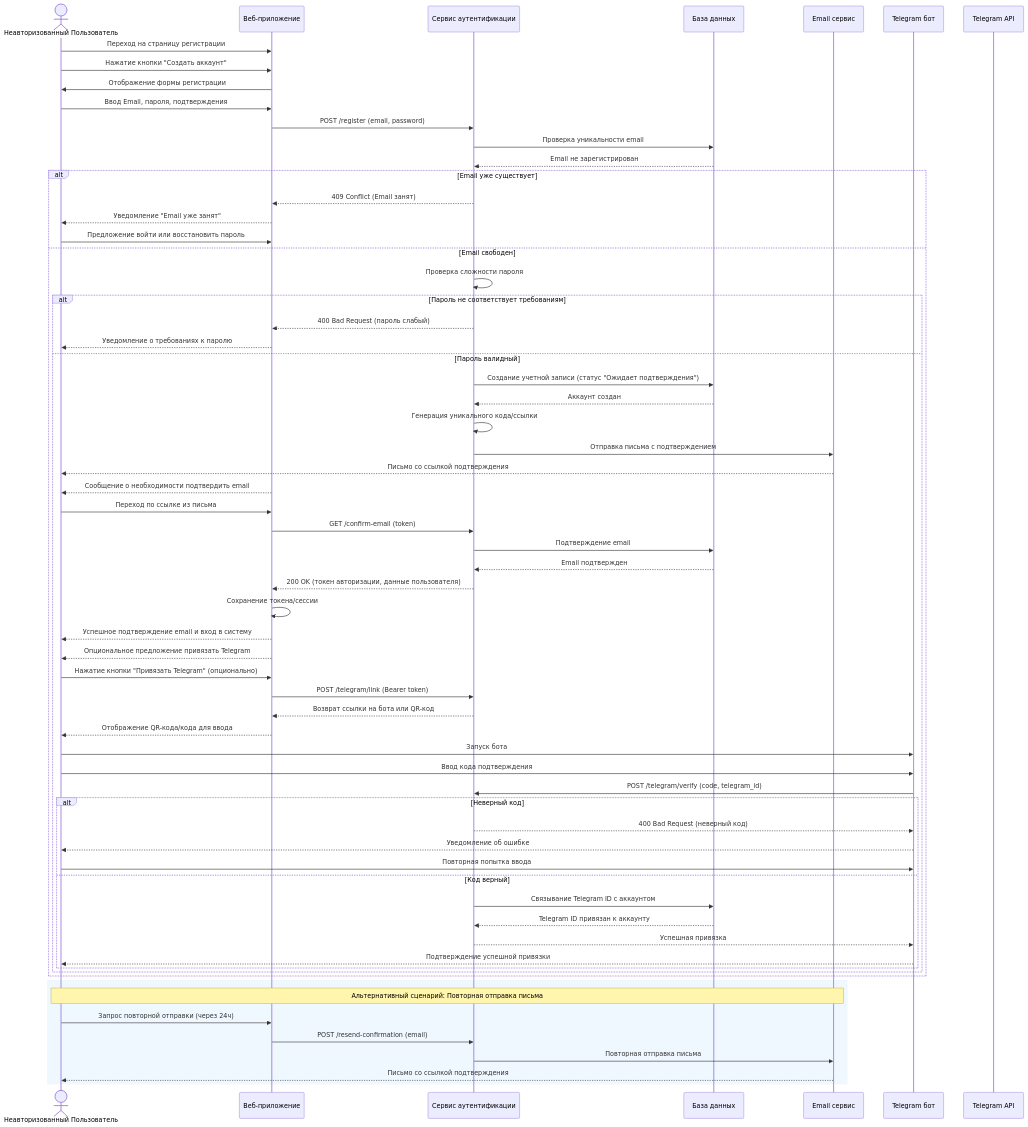
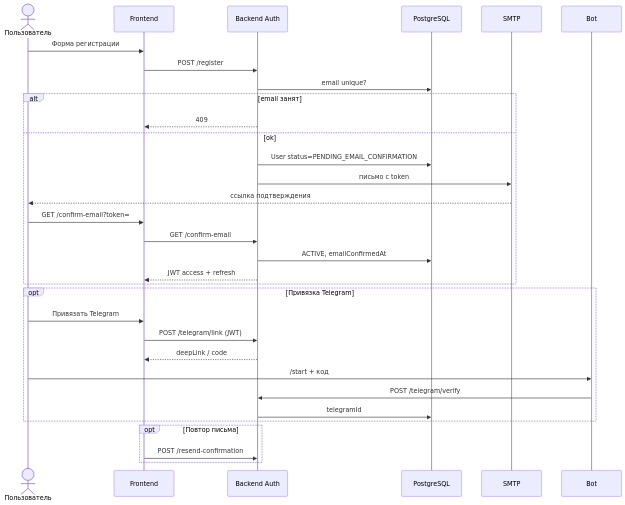
Before and after one commit to Rento-devteam/Rento: the diagram in docs/sequence/UC-01.md, drawn with Mermaid. The commit also changed other lines of this file and 33 other files, not shown here.

````diff
--- a/docs/sequence/UC-01.md
+++ b/docs/sequence/UC-01.md
@@ -1,81 +5,36 @@
 ```mermaid
-    sequenceDiagram
-    actor User as Неавторизованный Пользователь
-    participant WebApp as Веб-приложение
-    participant AuthService as Сервис аутентификации
-    participant Database as База данных
-    participant EmailService as Email сервис
-    participant TelegramBot as Telegram бот
-    participant TelegramAPI as Telegram API
+sequenceDiagram
+    actor User as Пользователь
+    participant WebApp as Frontend
+    participant API as Backend Auth
+    participant DB as PostgreSQL
+    participant Email as SMTP
 
-    User->>WebApp: Переход на страницу регистрации
-    User->>WebApp: Нажатие кнопки "Создать аккаунт"
-    WebApp->>User: Отображение формы регистрации
-    
-    User->>WebApp: Ввод Email, пароля, подтверждения
-    WebApp->>AuthService: POST /register (email, password)
-    
-    AuthService->>Database: Проверка уникальности email
-    Database-->>AuthService: Email не зарегистрирован
-    
-    alt Email уже существует
-        AuthService-->>WebApp: 409 Conflict (Email занят)
-        WebApp-->>User: Уведомление "Email уже занят"
-        User->>WebApp: Предложение войти или восстановить пароль
-    else Email свободен
-        AuthService->>AuthService: Проверка сложности пароля
-        
-        alt Пароль не соответствует требованиям
-            AuthService-->>WebApp: 400 Bad Request (пароль слабый)
-            WebApp-->>User: Уведомление о требованиях к паролю
-        else Пароль валидный
-            AuthService->>Database: Создание учетной записи (статус "Ожидает подтверждения")
-            Database-->>AuthService: Аккаунт создан
-            AuthService->>AuthService: Генерация уникального кода/ссылки
-            
-            AuthService->>EmailService: Отправка письма с подтверждением
-            EmailService-->>User: Письмо со ссылкой подтверждения
-            WebApp-->>User: Сообщение о необходимости подтвердить email
-            
-            User->>WebApp: Переход по ссылке из письма
-            WebApp->>AuthService: GET /confirm-email (token)
-            AuthService->>Database: Подтверждение email
-            Database-->>AuthService: Email подтвержден
-            
-            AuthService-->>WebApp: 200 OK (токен авторизации, данные пользователя)
-            WebApp->>WebApp: Сохранение токена/сессии
-            WebApp-->>User: Успешное подтверждение email и вход в систему
-            WebApp-->>User: Опциональное предложение привязать Telegram
-            
-            User->>WebApp: Нажатие кнопки "Привязать Telegram" (опционально)
-            WebApp->>AuthService: POST /telegram/link (Bearer token)
-            AuthService-->>WebApp: Возврат ссылки на бота или QR-код
-            WebApp-->>User: Отображение QR-кода/кода для ввода
-            
-            User->>TelegramBot: Запуск бота
-            User->>TelegramBot: Ввод кода подтверждения
-            TelegramBot->>AuthService: POST /telegram/verify (code, telegram_id)
-            
-            alt Неверный код
-                AuthService-->>TelegramBot: 400 Bad Request (неверный код)
-                TelegramBot-->>User: Уведомление об ошибке
-                User->>TelegramBot: Повторная попытка ввода
-            else Код верный
-                AuthService->>Database: Связывание Telegram ID с аккаунтом
-                Database-->>AuthService: Telegram ID привязан к аккаунту
-                AuthService-->>TelegramBot: Успешная привязка
-                TelegramBot-->>User: Подтверждение успешной привязки
-            end
-        end
+    User->>WebApp: Форма регистрации
+    WebApp->>API: POST /register
+    API->>DB: email unique?
+    alt email занят
+        API-->>WebApp: 409
+    else ok
+        API->>DB: User status=PENDING_EMAIL_CONFIRMATION
+        API->>Email: письмо с token
+        Email-->>User: ссылка подтверждения
+        User->>WebApp: GET /confirm-email?token=
+        WebApp->>API: GET /confirm-email
+        API->>DB: ACTIVE, emailConfirmedAt
+        API-->>WebApp: JWT access + refresh
     end
 
-    rect rgb(240, 248, 255)
-        Note over User,EmailService: Альтернативный сценарий: Повторная отправка письма
-        User->>WebApp: Запрос повторной отправки (через 24ч)
-        WebApp->>AuthService: POST /resend-confirmation (email)
-        AuthService->>EmailService: Повторная отправка письма
-        EmailService-->>User: Письмо со ссылкой подтверждения
+    opt Привязка Telegram
+        User->>WebApp: Привязать Telegram
+        WebApp->>API: POST /telegram/link (JWT)
+        API-->>WebApp: deepLink / code
+        User->>Bot: /start + код
+        Bot->>API: POST /telegram/verify
+        API->>DB: telegramId
     end
 
-
+    opt Повтор письма
+        WebApp->>API: POST /resend-confirmation
+    end
 ```
````
